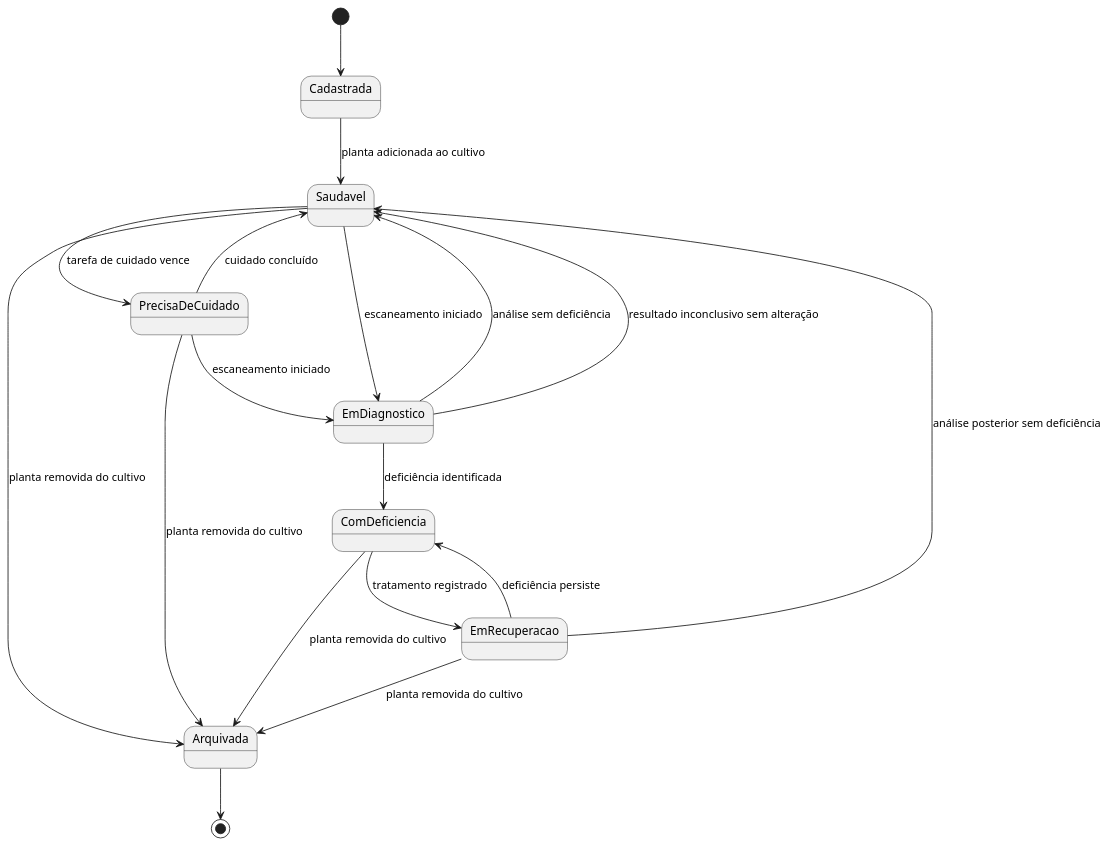
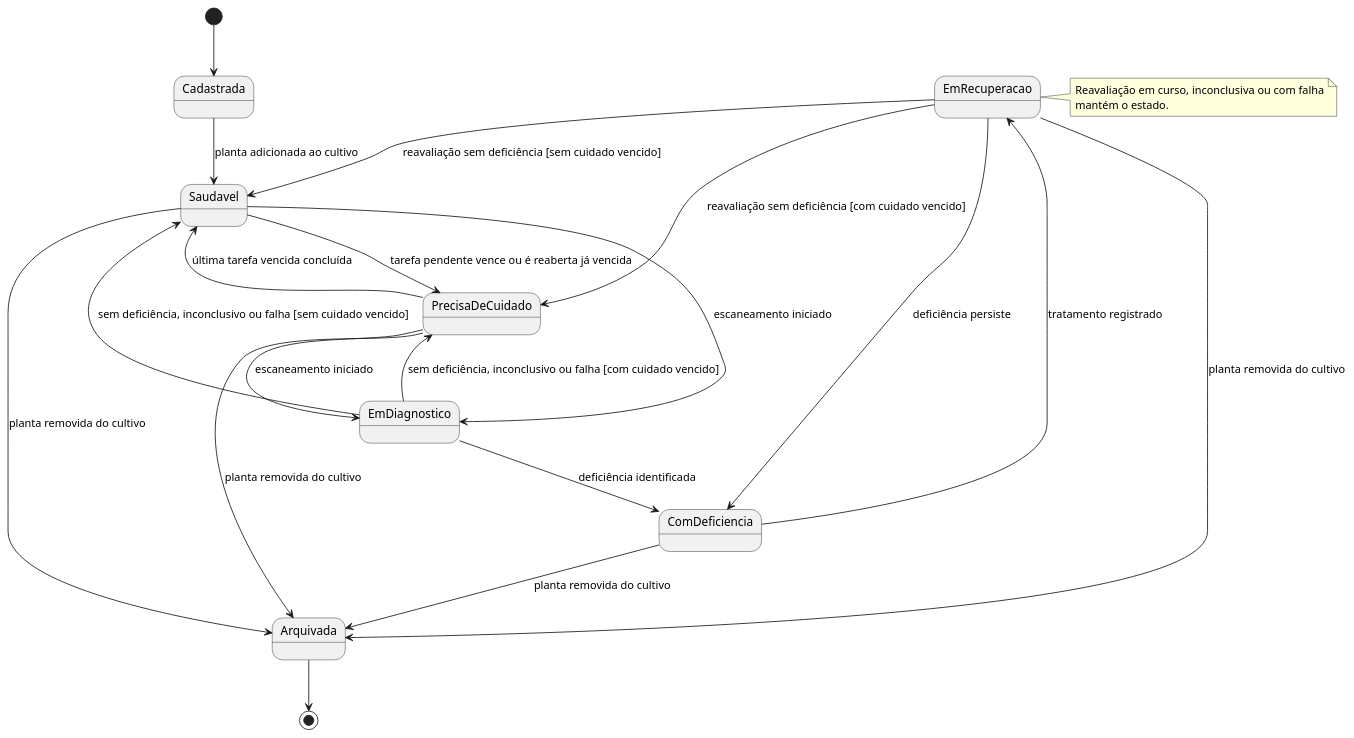
Before and after one commit to Yohendev/app-flutter-horta: the diagram in Diagramas/05-diagrama-de-estados.md, drawn with PlantUML. The commit also changed other lines of this file and 5 other files, not shown here.

````diff
--- a/Diagramas/05-diagrama-de-estados.md
+++ b/Diagramas/05-diagrama-de-estados.md
@@ -3,24 +18,29 @@
 ```plantuml
 @startuml
 [*] --> Cadastrada
 Cadastrada --> Saudavel : planta adicionada ao cultivo
-Saudavel --> PrecisaDeCuidado : tarefa de cuidado vence
-PrecisaDeCuidado --> Saudavel : cuidado concluído
+Saudavel --> PrecisaDeCuidado : tarefa pendente vence ou é reaberta já vencida
+PrecisaDeCuidado --> Saudavel : última tarefa vencida concluída
 
 Saudavel --> EmDiagnostico : escaneamento iniciado
 PrecisaDeCuidado --> EmDiagnostico : escaneamento iniciado
-EmDiagnostico --> Saudavel : análise sem deficiência
-EmDiagnostico --> Saudavel : resultado inconclusivo sem alteração
+EmDiagnostico --> Saudavel : sem deficiência, inconclusivo ou falha [sem cuidado vencido]
+EmDiagnostico --> PrecisaDeCuidado : sem deficiência, inconclusivo ou falha [com cuidado vencido]
 EmDiagnostico --> ComDeficiencia : deficiência identificada
 
 ComDeficiencia --> EmRecuperacao : tratamento registrado
-EmRecuperacao --> Saudavel : análise posterior sem deficiência
+EmRecuperacao --> Saudavel : reavaliação sem deficiência [sem cuidado vencido]
+EmRecuperacao --> PrecisaDeCuidado : reavaliação sem deficiência [com cuidado vencido]
 EmRecuperacao --> ComDeficiencia : deficiência persiste
+note right of EmRecuperacao
+  Reavaliação em curso, inconclusiva ou com falha
+  mantém o estado.
+end note
 
 Saudavel --> Arquivada : planta removida do cultivo
 PrecisaDeCuidado --> Arquivada : planta removida do cultivo
 ComDeficiencia --> Arquivada : planta removida do cultivo
 EmRecuperacao --> Arquivada : planta removida do cultivo
 Arquivada --> [*]
 @enduml
 ```
````
